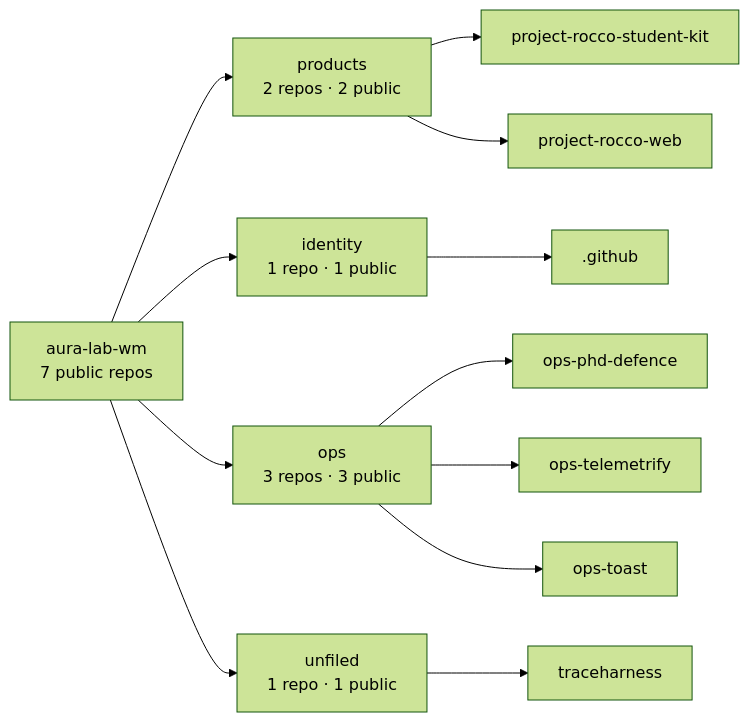
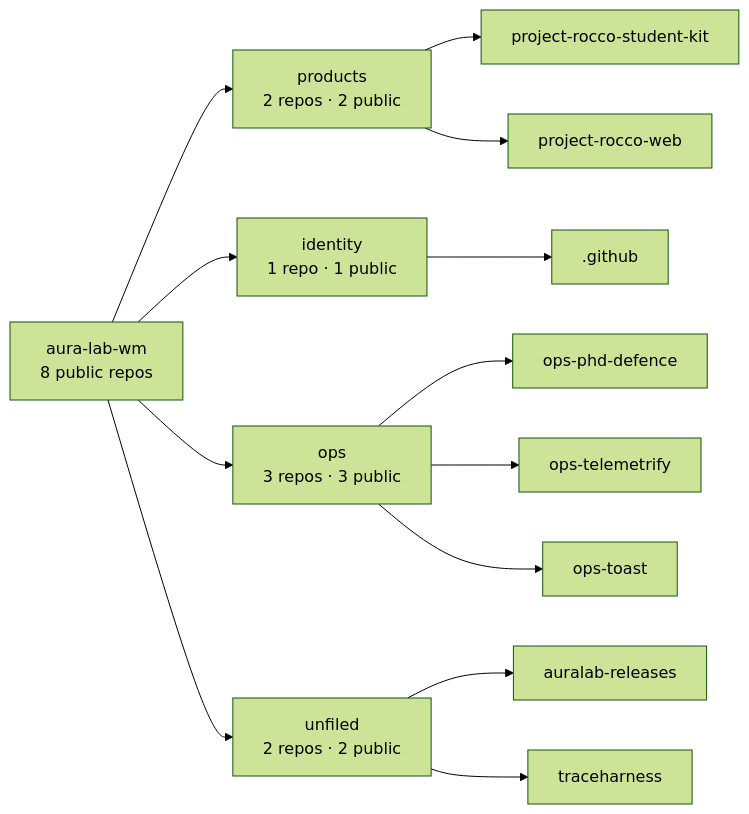
Before and after one commit to aura-lab-wm/.github: the diagram in profile/README.md, drawn with Mermaid (forest theme). The commit also changed other lines of this file, not shown here.

Commit message:
Repository map: refresh from the live org [skip ci]

````diff
--- a/profile/README.md
+++ b/profile/README.md
@@ -92,15 +92,16 @@
 ```mermaid
 flowchart LR
-  ORG["aura-lab-wm<br/>7 public repos"]
+  ORG["aura-lab-wm<br/>8 public repos"]
   ORG --> PRODUCTS["products<br/>2 repos · 2 public"]
   PRODUCTS --> PRODUCTS_0["project-rocco-student-kit"]
   PRODUCTS --> PRODUCTS_1["project-rocco-web"]
   ORG --> IDENTITY["identity<br/>1 repo · 1 public"]
   IDENTITY --> IDENTITY_0[".github"]
   ORG --> OPS["ops<br/>3 repos · 3 public"]
   OPS --> OPS_0["ops-phd-defence"]
   OPS --> OPS_1["ops-telemetrify"]
   OPS --> OPS_2["ops-toast"]
-  ORG --> UNFILED["unfiled<br/>1 repo · 1 public"]
-  UNFILED --> UNFILED_0["traceharness"]
+  ORG --> UNFILED["unfiled<br/>2 repos · 2 public"]
+  UNFILED --> UNFILED_0["auralab-releases"]
+  UNFILED --> UNFILED_1["traceharness"]
 ```
````
